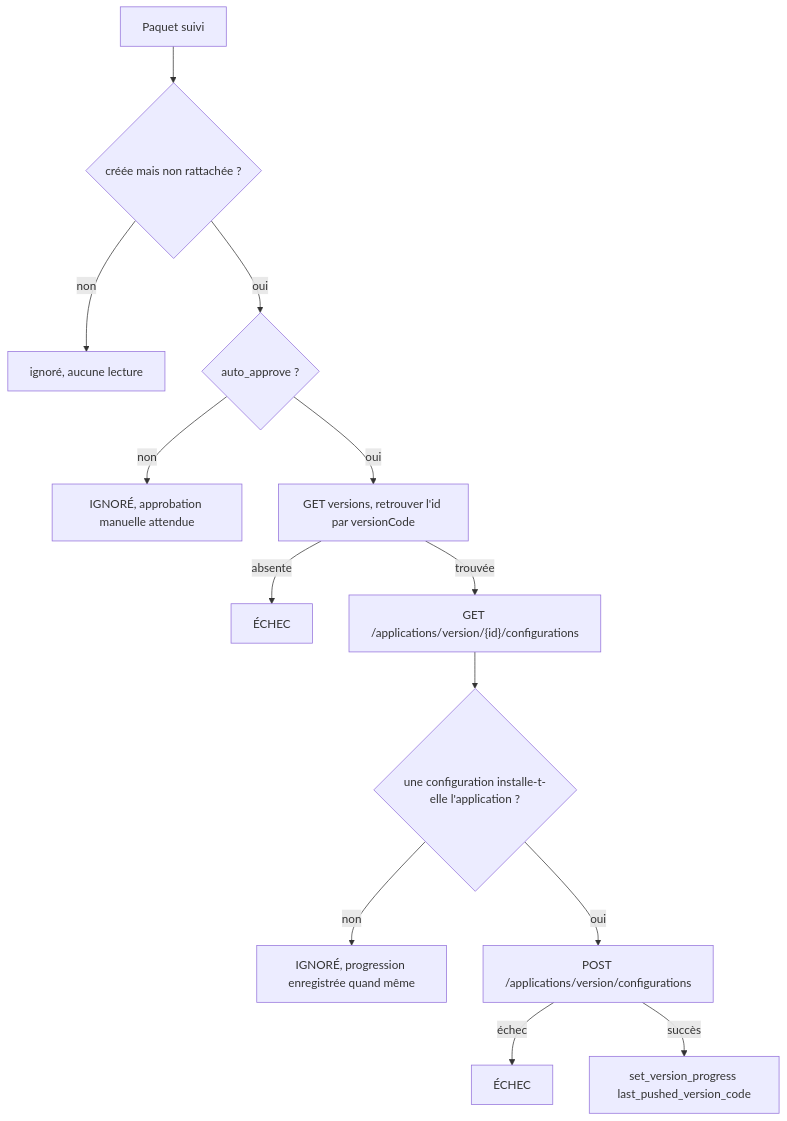
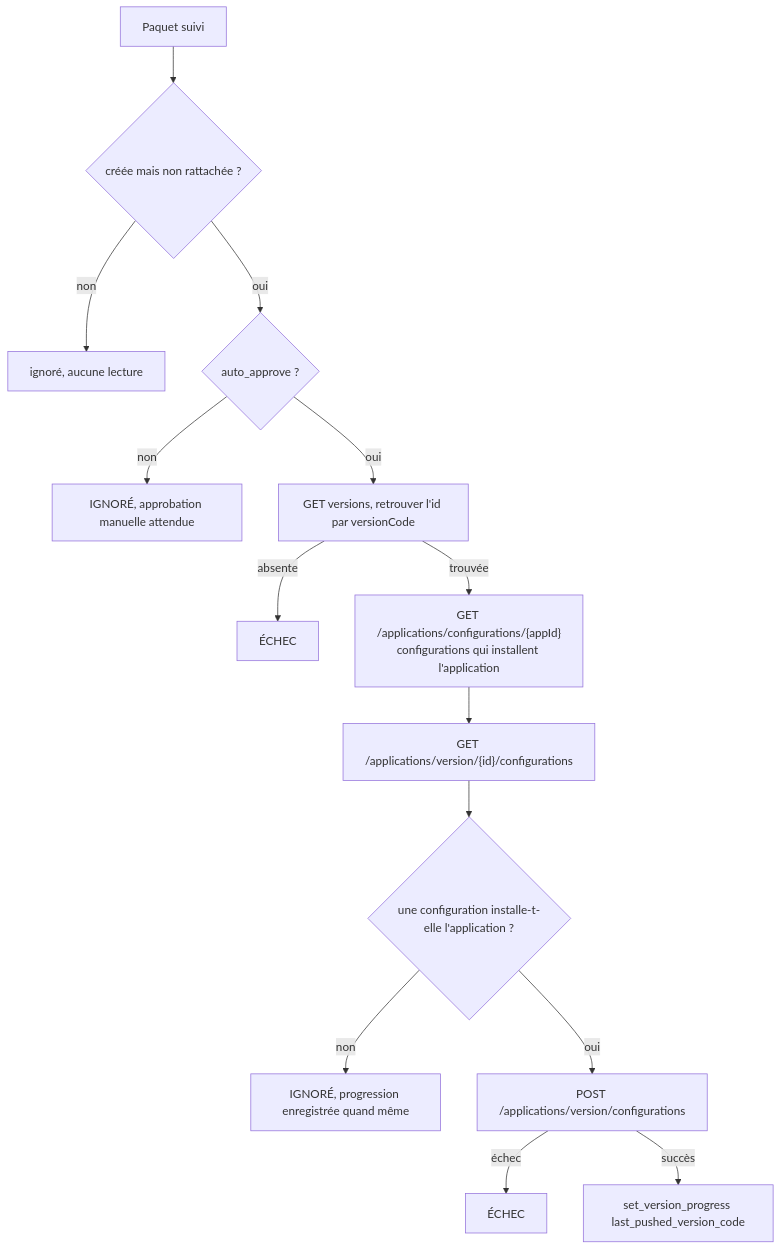
The fifth of 5 diagrams in docs/architecture.md (Sarcouy/fdroid-headwind-mirror), drawn with Mermaid before and after one commit. The commit also changed other lines of this file and 4 other files, not shown here.

````diff
--- a/docs/architecture.md
+++ b/docs/architecture.md
@@ -863,15 +874,16 @@
 ```mermaid
 flowchart TD
     A[Paquet suivi] --> B{créée mais non rattachée ?}
     B -- non --> Z[ignoré, aucune lecture]
     B -- oui --> C{auto_approve ?}
     C -- non --> S1[IGNORÉ, approbation manuelle attendue]
     C -- oui --> D[GET versions, retrouver l'id par versionCode]
     D -- absente --> S2[ÉCHEC]
-    D -- trouvée --> E["GET /applications/version/{id}/configurations"]
+    D -- trouvée --> L["GET /applications/configurations/{appId}<br/>configurations qui installent l'application"]
+    L --> E["GET /applications/version/{id}/configurations"]
     E --> F{une configuration installe-t-elle l'application ?}
     F -- non --> S3[IGNORÉ, progression enregistrée quand même]
     F -- oui --> G[POST /applications/version/configurations]
     G -- échec --> S4[ÉCHEC]
     G -- succès --> H[set_version_progress last_pushed_version_code]
 ```
````
